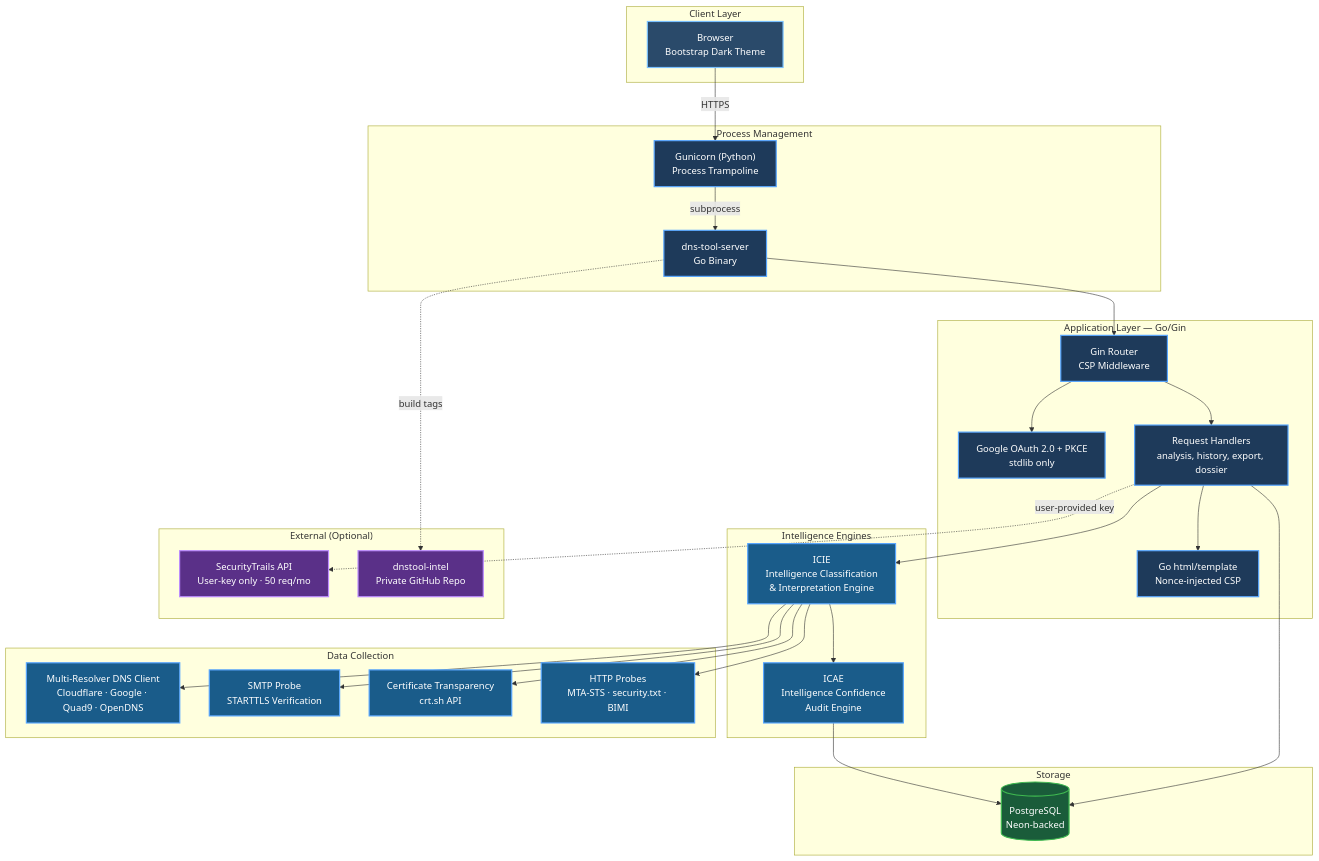
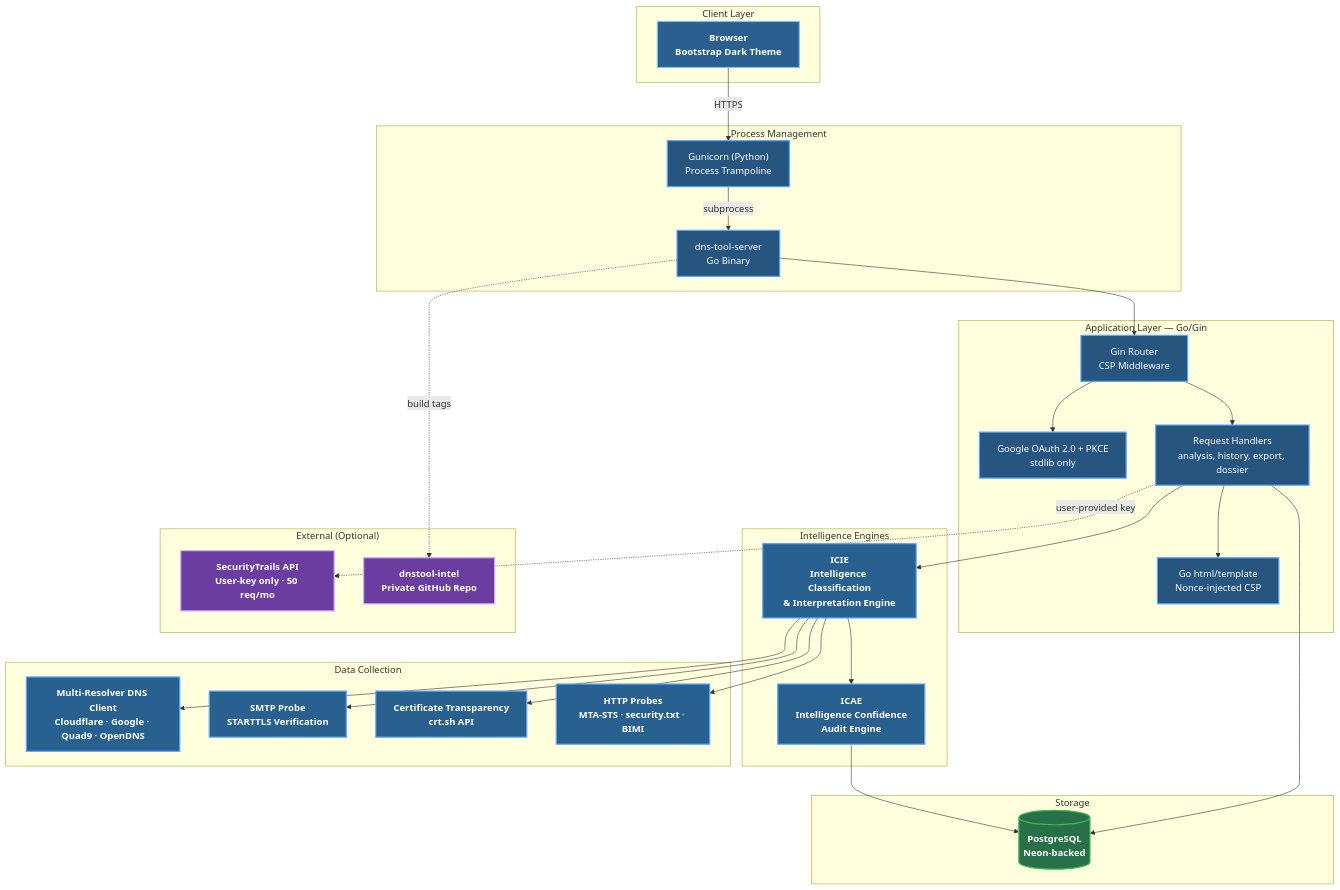
One commit to careyjames/DnsToolWeb changed the first of 7 diagrams in docs/architecture/SYSTEM_ARCHITECTURE.md. Above: the diagram before and after it, drawn with Mermaid. The commit also changed other lines of this file and 8 other files, not shown here.

First line of the commit message:
Improve visualization of system architecture diagrams with brighter, more vibrant colors

````diff
--- a/docs/architecture/SYSTEM_ARCHITECTURE.md
+++ b/docs/architecture/SYSTEM_ARCHITECTURE.md
@@ -5,70 +5,70 @@
 ```mermaid
 graph TB
     subgraph "Client Layer"
         Browser["Browser<br/>Bootstrap Dark Theme"]
     end
 
     subgraph "Process Management"
         Gunicorn["Gunicorn (Python)<br/>Process Trampoline"]
         GoBinary["dns-tool-server<br/>Go Binary"]
     end
 
     subgraph "Application Layer — Go/Gin"
         Router["Gin Router<br/>CSP Middleware"]
         Auth["Google OAuth 2.0 + PKCE<br/>stdlib only"]
         Handlers["Request Handlers<br/>analysis, history, export, dossier"]
         Templates["Go html/template<br/>Nonce-injected CSP"]
     end
 
     subgraph "Intelligence Engines"
         ICIE["ICIE<br/>Intelligence Classification<br/>& Interpretation Engine"]
         ICAE["ICAE<br/>Intelligence Confidence<br/>Audit Engine"]
     end
 
     subgraph "Data Collection"
         DNSClient["Multi-Resolver DNS Client<br/>Cloudflare · Google · Quad9 · OpenDNS"]
         SMTP["SMTP Probe<br/>STARTTLS Verification"]
         CT["Certificate Transparency<br/>crt.sh API"]
         HTTP["HTTP Probes<br/>MTA-STS · security.txt · BIMI"]
     end
 
     subgraph "Storage"
         PG[("PostgreSQL<br/>Neon-backed")]
     end
 
     subgraph "External (Optional)"
         SecurityTrails["SecurityTrails API<br/>User-key only · 50 req/mo"]
         IntelRepo["dnstool-intel<br/>Private GitHub Repo"]
     end
 
     Browser -->|"HTTPS"| Gunicorn
     Gunicorn -->|"subprocess"| GoBinary
     GoBinary --> Router
     Router --> Auth
     Router --> Handlers
     Handlers --> Templates
     Handlers --> ICIE
     ICIE --> DNSClient
     ICIE --> SMTP
     ICIE --> CT
     ICIE --> HTTP
     ICIE --> ICAE
     Handlers --> PG
     ICAE --> PG
     Handlers -.->|"user-provided key"| SecurityTrails
     GoBinary -.->|"build tags"| IntelRepo
 
-    classDef default fill:#1b2f45,stroke:#4a90d9,stroke-width:2px,color:#f0f6fc
-    classDef engine fill:#1a5c8a,stroke:#58a6ff,stroke-width:2px,color:#fff
-    classDef storage fill:#1a5c3a,stroke:#3fb950,stroke-width:2px,color:#fff
-    classDef external fill:#5a3088,stroke:#bc8cff,stroke-width:2px,color:#fff
-    classDef client fill:#2a4a6a,stroke:#79c0ff,stroke-width:2px,color:#fff
-    classDef app fill:#1e3a5a,stroke:#58a6ff,stroke-width:2px,color:#fff
+    classDef default fill:#22476e,stroke:#5ba3e0,stroke-width:2px,color:#f0f6fc
+    classDef engine fill:#28608f,stroke:#58a6ff,stroke-width:2px,color:#fff,font-weight:bold
+    classDef storage fill:#28704a,stroke:#3fb950,stroke-width:2px,color:#fff,font-weight:bold
+    classDef external fill:#6b3da0,stroke:#d2a8ff,stroke-width:2px,color:#fff,font-weight:bold
+    classDef client fill:#2a5f8f,stroke:#79c0ff,stroke-width:2px,color:#fff,font-weight:bold
+    classDef app fill:#265580,stroke:#58a6ff,stroke-width:2px,color:#fff
     class ICIE,ICAE engine
     class PG storage
     class SecurityTrails,IntelRepo external
     class Browser client
     class Router,Auth,Handlers,Templates app
     class DNSClient,SMTP,CT,HTTP engine
     class Gunicorn,GoBinary app
 ```
````
